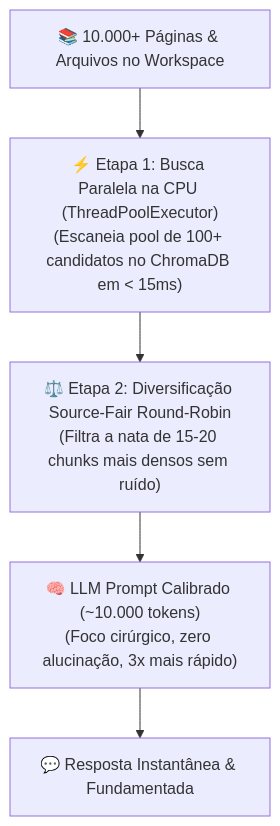
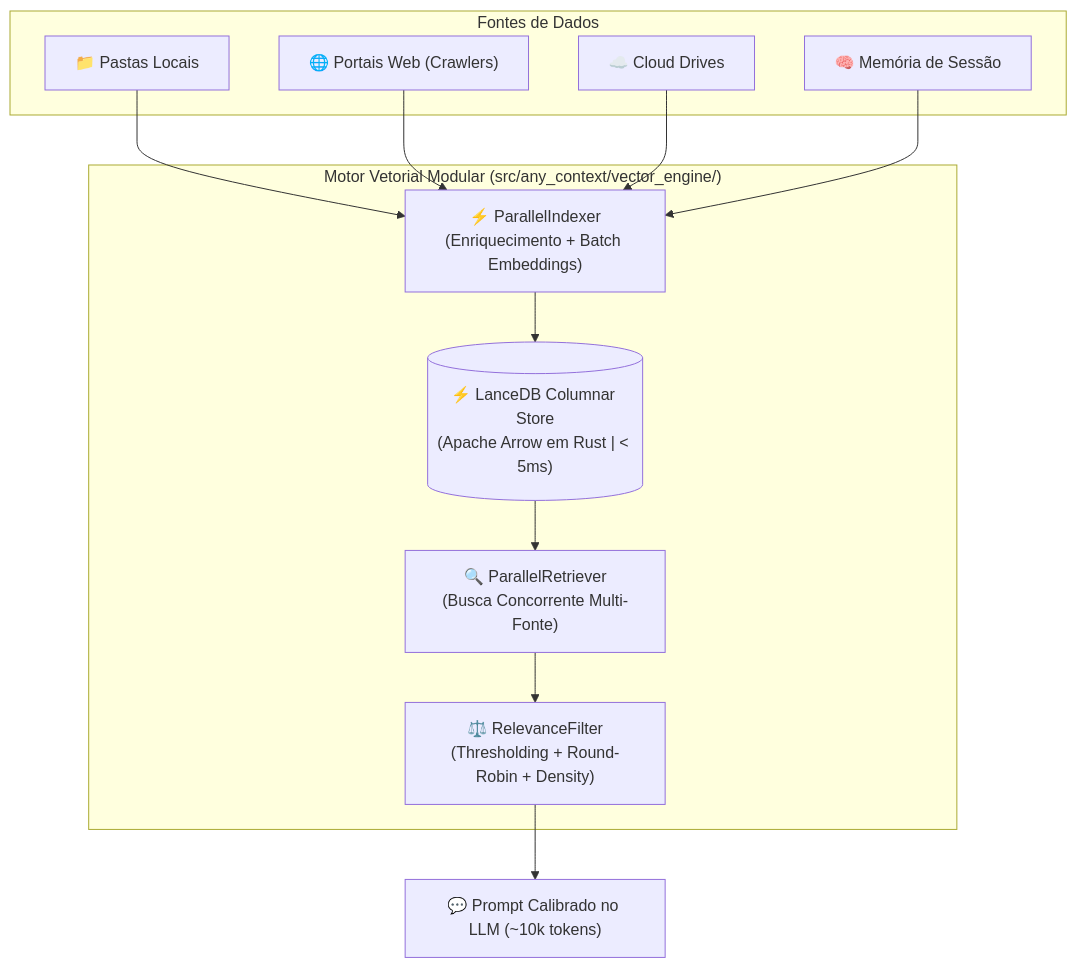
One commit to Levix-Digital/any-context changed the second of 2 diagrams in TECDOC.md. Above: the diagram before and after it, drawn with Mermaid. The commit also changed other lines of this file and 1 other file, not shown here.

Commit message:
docs(tecdoc): exhaustive technical documentation update for 100% LanceDB engine, Python 3.10-3.13 AST safety, unified sync and /inspect command

````diff
--- a/TECDOC.md
+++ b/TECDOC.md
@@ -63,7 +65,25 @@
 ```mermaid
 graph TD
-    A["📚 10.000+ Páginas & Arquivos no Workspace"] --> B["⚡ Etapa 1: Busca Paralela na CPU (ThreadPoolExecutor)<br/>(Escaneia pool de 100+ candidatos no ChromaDB em < 15ms)"]
-    B --> C["⚖️ Etapa 2: Diversificação Source-Fair Round-Robin<br/>(Filtra a nata de 15-20 chunks mais densos sem ruído)"]
-    C --> D["🧠 LLM Prompt Calibrado (~10.000 tokens)<br/>(Foco cirúrgico, zero alucinação, 3x mais rápido)"]
-    D --> E["💬 Resposta Instantânea & Fundamentada"]
+    subgraph "Fontes de Dados"
+        A["📁 Pastas Locais"]
+        B["🌐 Portais Web (Crawlers)"]
+        C["☁️ Cloud Drives"]
+        D["🧠 Memória de Sessão"]
+    end
+
+    subgraph "Motor Vetorial Modular (src/any_context/vector_engine/)"
+        E["⚡ ParallelIndexer<br/>(Enriquecimento + Batch Embeddings)"]
+        F[("⚡ LanceDB Columnar Store<br/>(Apache Arrow em Rust | < 5ms)")]
+        G["🔍 ParallelRetriever<br/>(Busca Concorrente Multi-Fonte)"]
+        H["⚖️ RelevanceFilter<br/>(Thresholding + Round-Robin + Density)"]
+    end
+
+    A --> E
+    B --> E
+    C --> E
+    D --> E
+    E --> F
+    F --> G
+    G --> H
+    H --> I["💬 Prompt Calibrado no LLM (~10k tokens)"]
 ```
````
